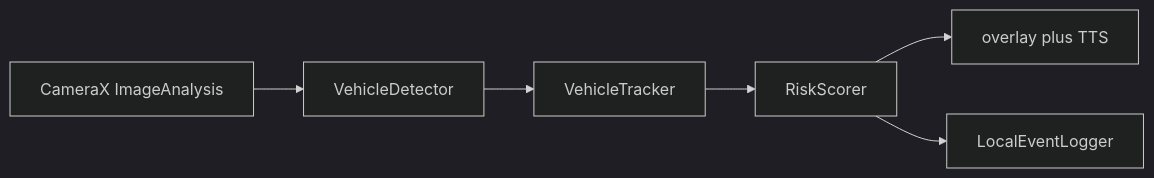
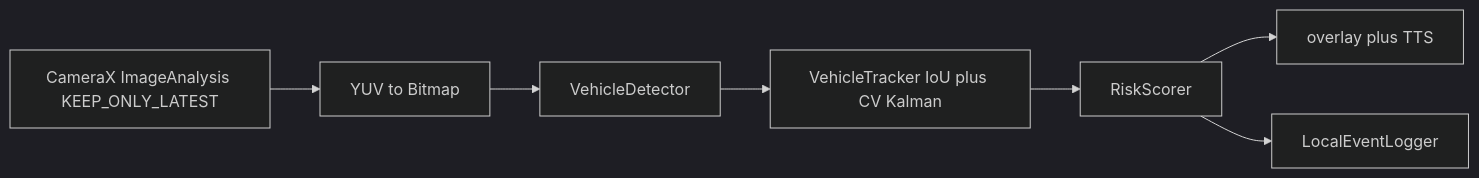
The diagram in README.md (taiyuz/smart-glasses-safety), drawn with Mermaid (dark theme) before and after one commit. The commit also changed other lines of this file and 4 other files, not shown here.

````diff
--- a/README.md
+++ b/README.md
@@ -11,8 +27,9 @@
 ```mermaid
 flowchart LR
-  cam[CameraX ImageAnalysis] --> det[VehicleDetector]
-  det --> tr[VehicleTracker]
+  cam[CameraX ImageAnalysis KEEP_ONLY_LATEST] --> bmp[YUV to Bitmap]
+  bmp --> det[VehicleDetector]
+  det --> tr[VehicleTracker IoU plus CV Kalman]
   tr --> risk[RiskScorer]
   risk --> ui[overlay plus TTS]
   risk --> log[LocalEventLogger]
 ```
````
